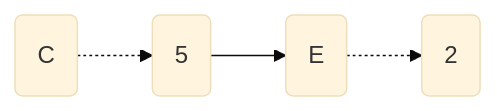
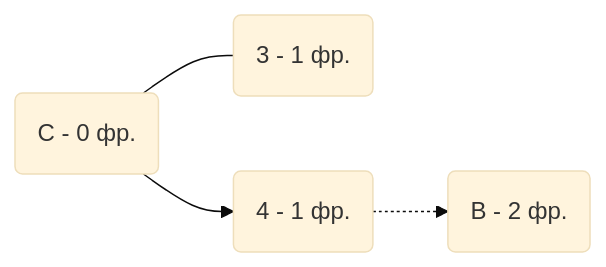
Before and after one commit to hse-algo-24-owl/manual-tasks-owl: the ninth of 10 diagrams in task-8/mikhailkrug.md, drawn with Mermaid (base theme). The commit also changed other lines of this file, not shown here.

````diff
--- a/task-8/mikhailkrug.md
+++ b/task-8/mikhailkrug.md
@@ -236,4 +290,5 @@
 ```mermaid
 graph LR
-    c(C) -.-> 5(5) --> E(E) -.-> 2(2)
+    C(C - 0 фр.)  --> 4(4 - 1 фр.) -.-> B(B - 2 фр.)
+    C(C - 0 фр.)  --- 3(3 - 1 фр.)
 ```
````
